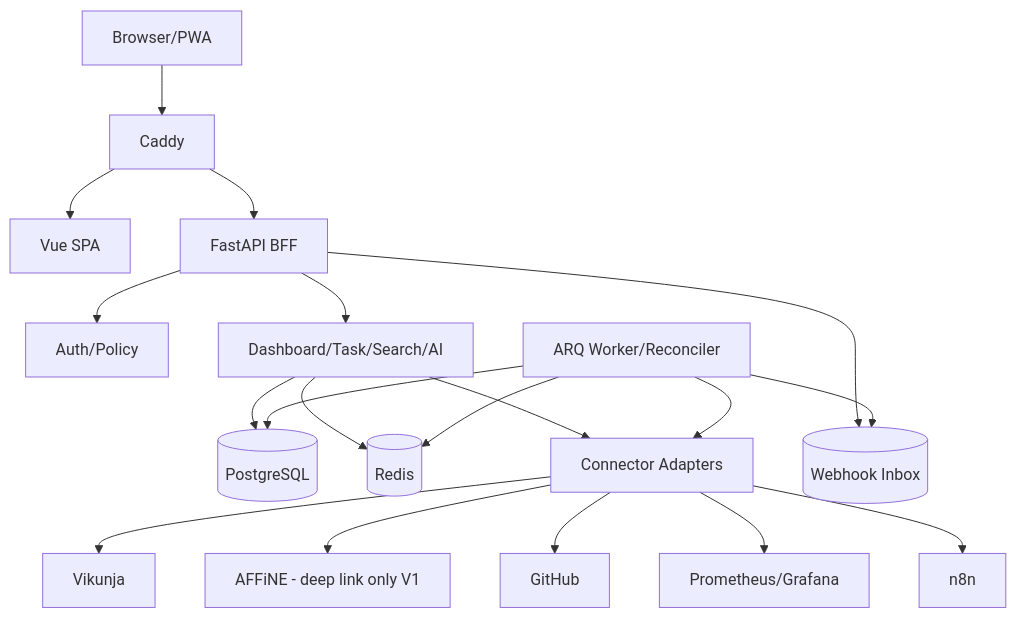
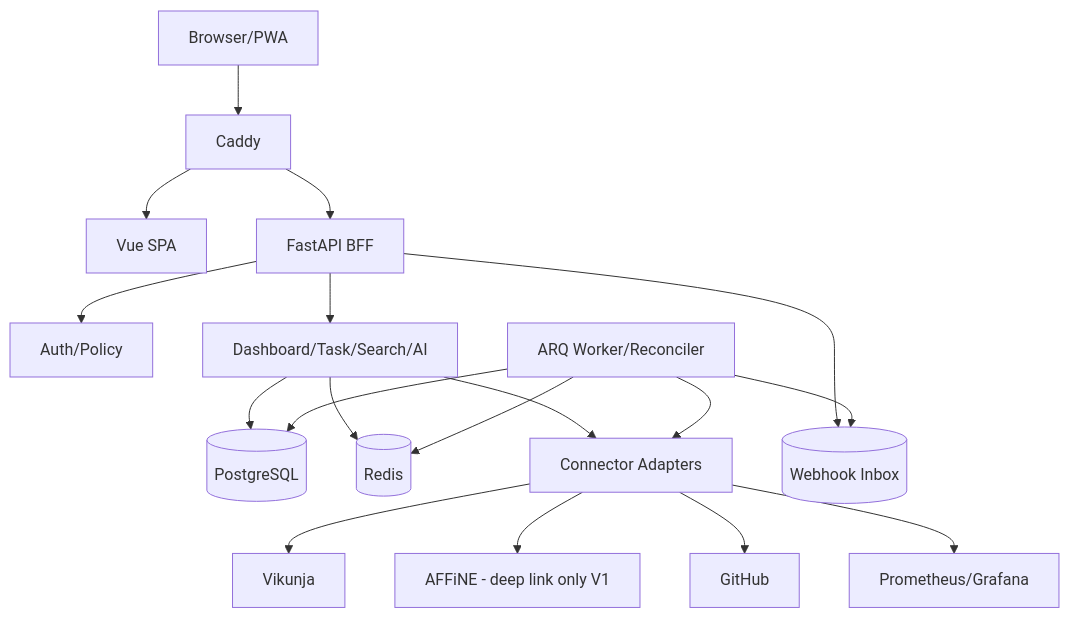
One commit to brianabc121/WorkspaceCore changed the diagram in docs/v2/package/DEVELOPMENT_SPEC.md. Above: the diagram before and after it, drawn with Mermaid. The commit also changed other lines of this file and 118 other files, not shown here.

````diff
--- a/docs/v2/package/DEVELOPMENT_SPEC.md
+++ b/docs/v2/package/DEVELOPMENT_SPEC.md
@@ -108,21 +108,20 @@
 ```mermaid
 flowchart TD
     Browser[Browser/PWA] --> Caddy[Caddy]
     Caddy --> Web[Vue SPA]
     Caddy --> API[FastAPI BFF]
     API --> Auth[Auth/Policy]
     API --> Domain[Dashboard/Task/Search/AI]
     Domain --> PG[(PostgreSQL)]
     Domain --> Redis[(Redis)]
     Domain --> Connect[Connector Adapters]
     Connect --> Vikunja[Vikunja]
     Connect --> AFFiNE[AFFiNE - deep link only V1]
     Connect --> GitHub[GitHub]
     Connect --> Monitor[Prometheus/Grafana]
-    Connect --> N8N[n8n]
     API --> Inbox[(Webhook Inbox)]
     Worker[ARQ Worker/Reconciler] --> Inbox
     Worker --> PG
     Worker --> Connect
     Worker --> Redis
 ```
````
